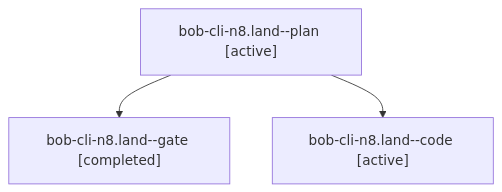
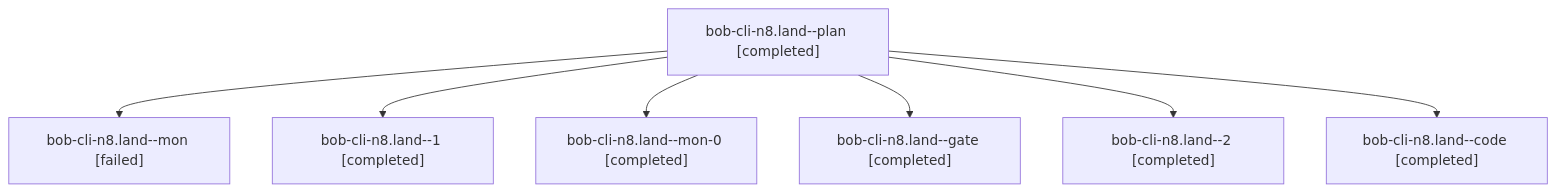
The diagram in sessions/bbugyi200.athena.bob-cli-n8.land.md (bobs-org/bob-cli--agents), drawn with Mermaid before and after one commit. The commit also changed other lines of this file and 52 other files, not shown here.

````diff
--- a/sessions/bbugyi200.athena.bob-cli-n8.land.md
+++ b/sessions/bbugyi200.athena.bob-cli-n8.land.md
@@ -9,8 +9,16 @@
 ```mermaid
 flowchart TD
-  n0["bob-cli-n8.land--plan [active]"]
-  n1["bob-cli-n8.land--gate [completed]"]
+  n0["bob-cli-n8.land--plan [completed]"]
+  n1["bob-cli-n8.land--mon [failed]"]
   n0 --> n1
-  n2["bob-cli-n8.land--code [active]"]
+  n2["bob-cli-n8.land--1 [completed]"]
   n0 --> n2
+  n3["bob-cli-n8.land--mon-0 [completed]"]
+  n0 --> n3
+  n4["bob-cli-n8.land--gate [completed]"]
+  n0 --> n4
+  n5["bob-cli-n8.land--2 [completed]"]
+  n0 --> n5
+  n6["bob-cli-n8.land--code [completed]"]
+  n0 --> n6
 ```
````
